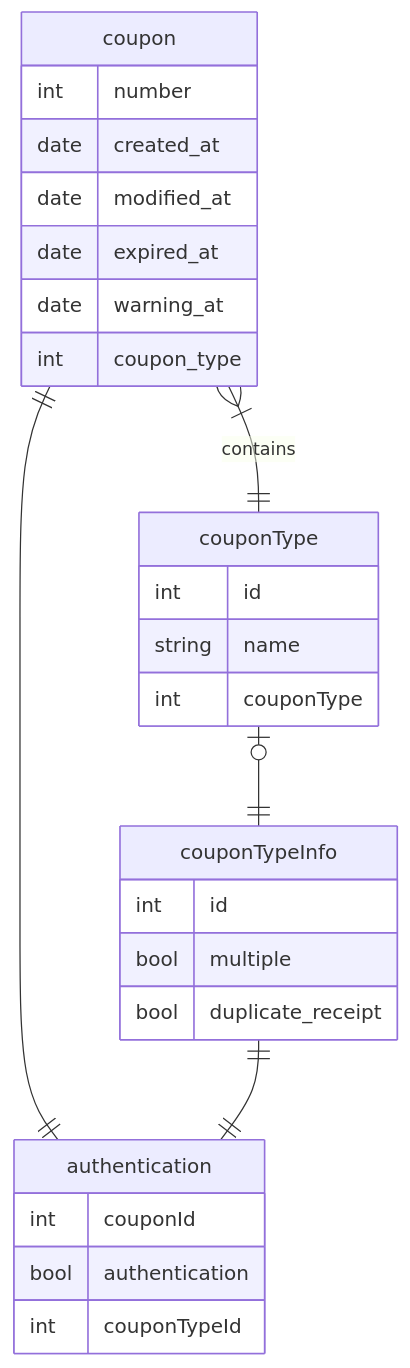
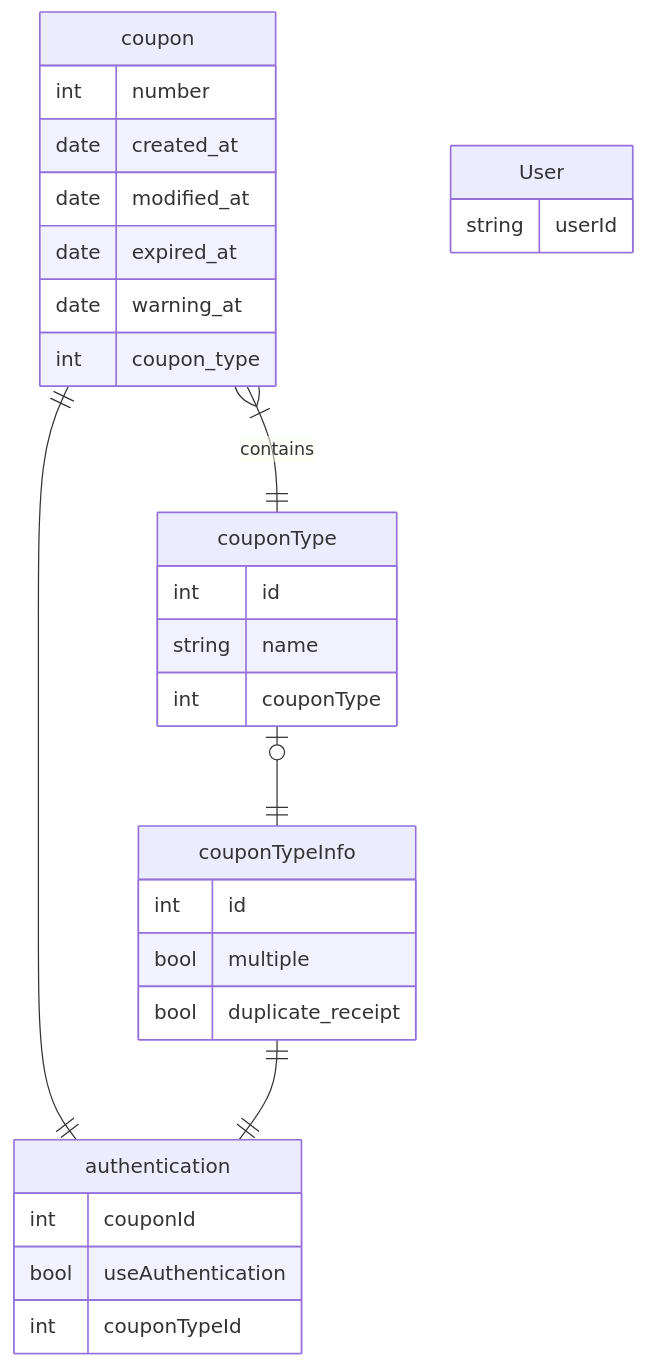
One commit to couponApiServerEconovation/couponApiServerMtak changed the diagram in phase0-erd.md. Above: the diagram before and after it, drawn with Mermaid. The commit also changed other lines of this file and 1 other file, not shown here.

Commit message:
[docs] 쿠폰을 사용할때 사용가능한지 확인하는 함수에서 (isCouponUsable) 재고가 있는지는 확인할 필요가 없다. 쿠폰 등록 단계에서 isCouponRegistable()로 이미 재고를 확인해서 등록했기 때문이다.

````diff
--- a/phase0-erd.md
+++ b/phase0-erd.md
@@ -3,36 +2,41 @@
 ```mermaid
 erDiagram
 coupon {
     int number
     date created_at
     date modified_at
     date expired_at
     date warning_at
     int coupon_type
+    
 }
 
 couponType {
     int id
     string name
     int couponType
 }
 
 authentication {
     int couponId
-    bool authentication
+    bool useAuthentication
     int couponTypeId
 }
 
 couponTypeInfo {
     int id
     bool multiple
     bool duplicate_receipt
 }
 
+User {
+    string userId
+    
+}
 coupon }|--|| couponType : contains
 couponType |o--|| couponTypeInfo : ""
 coupon ||--|| authentication :""
 couponTypeInfo ||--|| authentication :""
 
 
 ```
````
